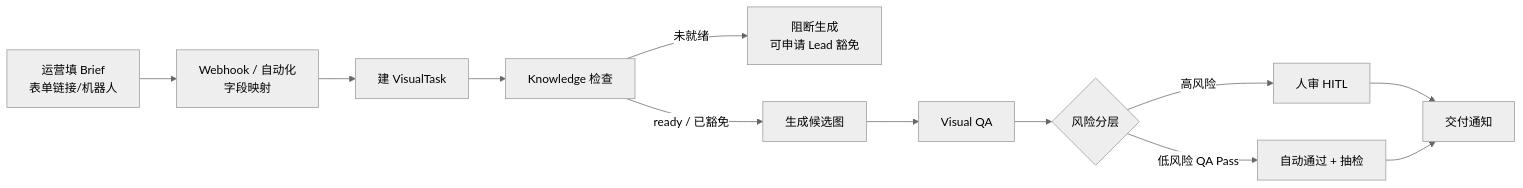
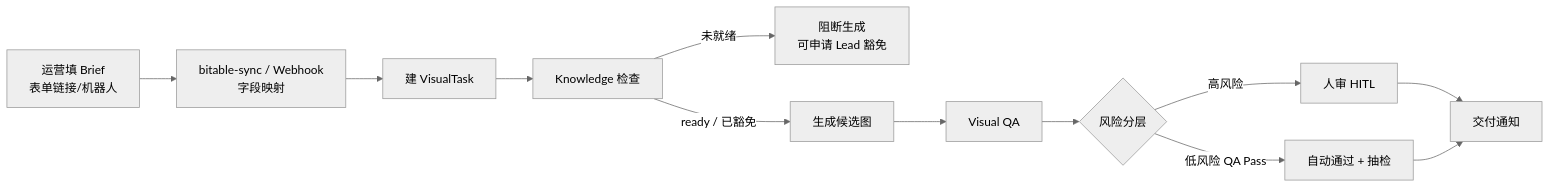
One commit to w15986419314-hue/ecommerce-visual-agentic-workflow changed the diagram in docs/飞书提需说明.md. Above: the diagram before and after it, drawn with Mermaid (neutral theme). The commit also changed other lines of this file and 8 other files, not shown here.

First line of the commit message:
feat(intake): sync Feishu bitable new records into EVAW tasks

````diff
--- a/docs/飞书提需说明.md
+++ b/docs/飞书提需说明.md
@@ -33,14 +33,14 @@
 ```mermaid
 flowchart LR
-  A[运营填 Brief<br/>表单链接/机器人] --> B[Webhook / 自动化<br/>字段映射]
+  A[运营填 Brief<br/>表单链接/机器人] --> B[bitable-sync / Webhook<br/>字段映射]
   B --> C[建 VisualTask]
   C --> D[Knowledge 检查]
   D -->|未就绪| D1[阻断生成<br/>可申请 Lead 豁免]
   D -->|ready / 已豁免| E[生成候选图]
   E --> F[Visual QA]
   F --> G{风险分层}
   G -->|高风险| H[人审 HITL]
   G -->|低风险 QA Pass| I[自动通过 + 抽检]
   H --> J[交付通知]
   I --> J
 ```
````
